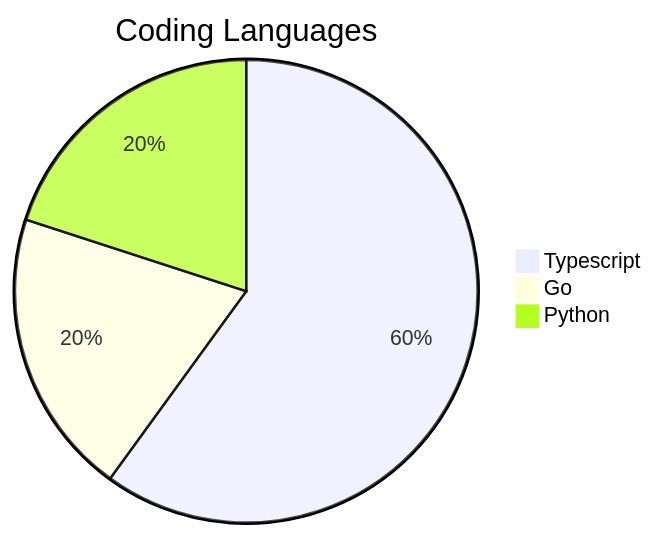
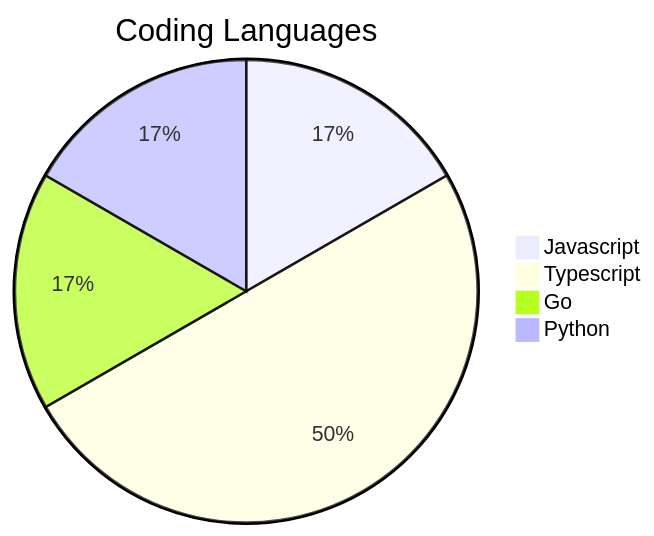
One commit to salauddin-sifat-qp/qp-coding-challenge changed the first of 2 diagrams in README.md. Above: the diagram before and after it, drawn with Mermaid. The commit also changed other lines of this file, not shown here.

````diff
--- a/README.md
+++ b/README.md
@@ -26,6 +26,7 @@
 ```mermaid
 pie title Coding Languages
+    "Javascript": 1
     "Typescript" : 3
     "Go" : 1
     "Python" : 1
 ```
````
